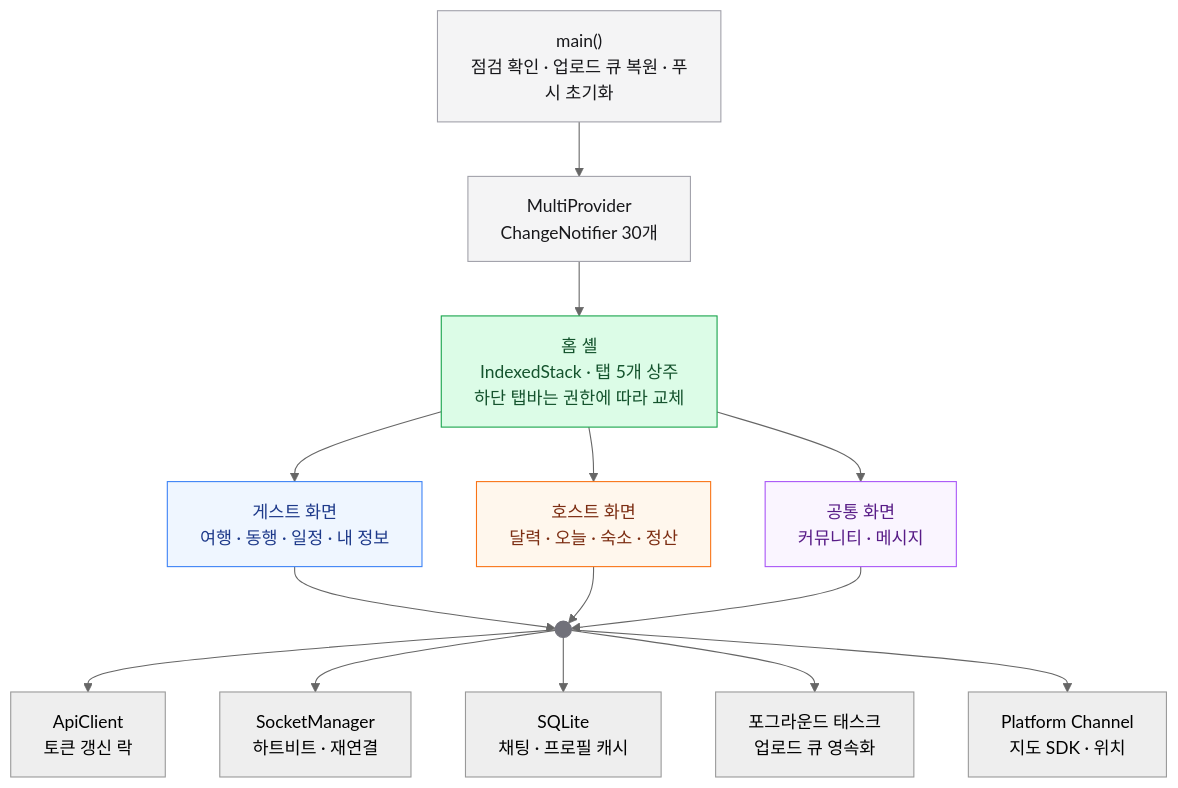
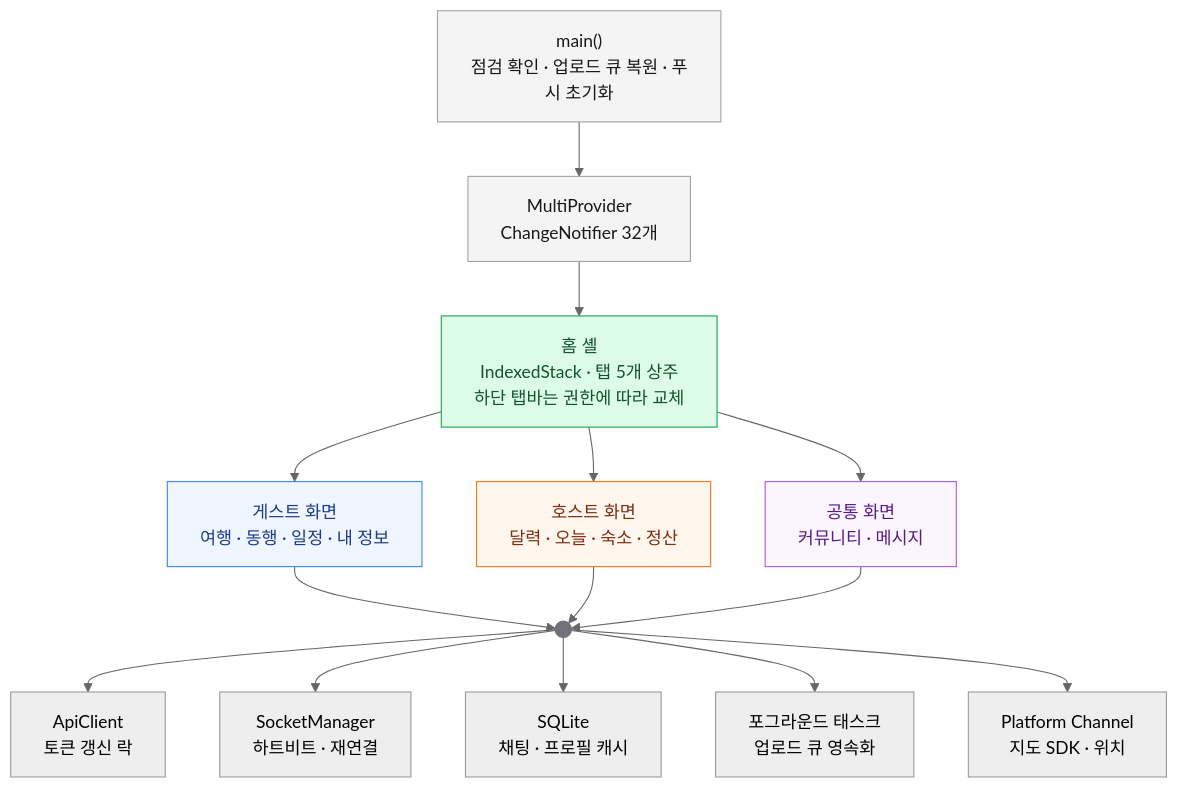
The second of 2 diagrams in README.md (kiwijuse/yeohaenghage), drawn with Mermaid (neutral theme) before and after one commit. The commit also changed other lines of this file and 4 other files, not shown here.

````diff
--- a/README.md
+++ b/README.md
@@ -393,30 +393,30 @@
 ```mermaid
 flowchart TD
     A["main()<br/>점검 확인 · 업로드 큐 복원 · 푸시 초기화"]
-    B["MultiProvider<br/>ChangeNotifier 30개"]
+    B["MultiProvider<br/>ChangeNotifier 32개"]
     C["홈 셸<br/>IndexedStack · 탭 5개 상주<br/>하단 탭바는 권한에 따라 교체"]
 
     A --> B --> C
 
     C --> G["게스트 화면<br/>여행 · 동행 · 일정 · 내 정보"]
     C --> H["호스트 화면<br/>달력 · 오늘 · 숙소 · 정산"]
     C --> S["공통 화면<br/>커뮤니티 · 메시지"]
 
     G --> L(( ))
     H --> L
     S --> L
 
     L --> N1["ApiClient<br/>토큰 갱신 락"]
     L --> N2["SocketManager<br/>하트비트 · 재연결"]
     L --> N3["SQLite<br/>채팅 · 프로필 캐시"]
     L --> N4["포그라운드 태스크<br/>업로드 큐 영속화"]
     L --> N5["Platform Channel<br/>지도 SDK · 위치"]
 
     style A fill:#f4f4f5,stroke:#a1a1aa,color:#18181b
     style B fill:#f4f4f5,stroke:#a1a1aa,color:#18181b
     style C fill:#dcfce7,stroke:#16a34a,color:#14532d
     style G fill:#eff6ff,stroke:#3b82f6,color:#1e3a8a
     style H fill:#fff7ed,stroke:#f97316,color:#7c2d12
     style S fill:#faf5ff,stroke:#a855f7,color:#581c87
     style L fill:#71717a,stroke:#71717a,color:#71717a
 ```
````
